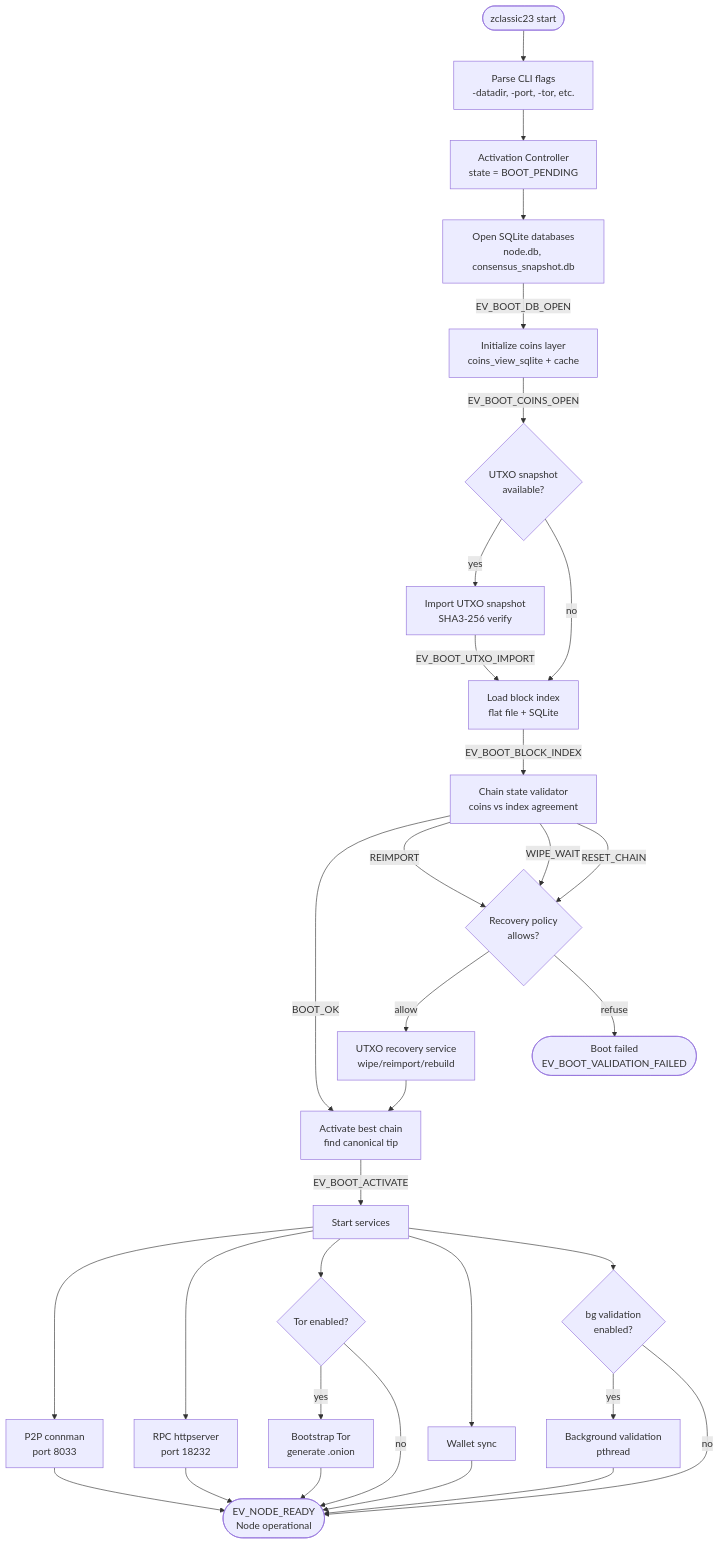
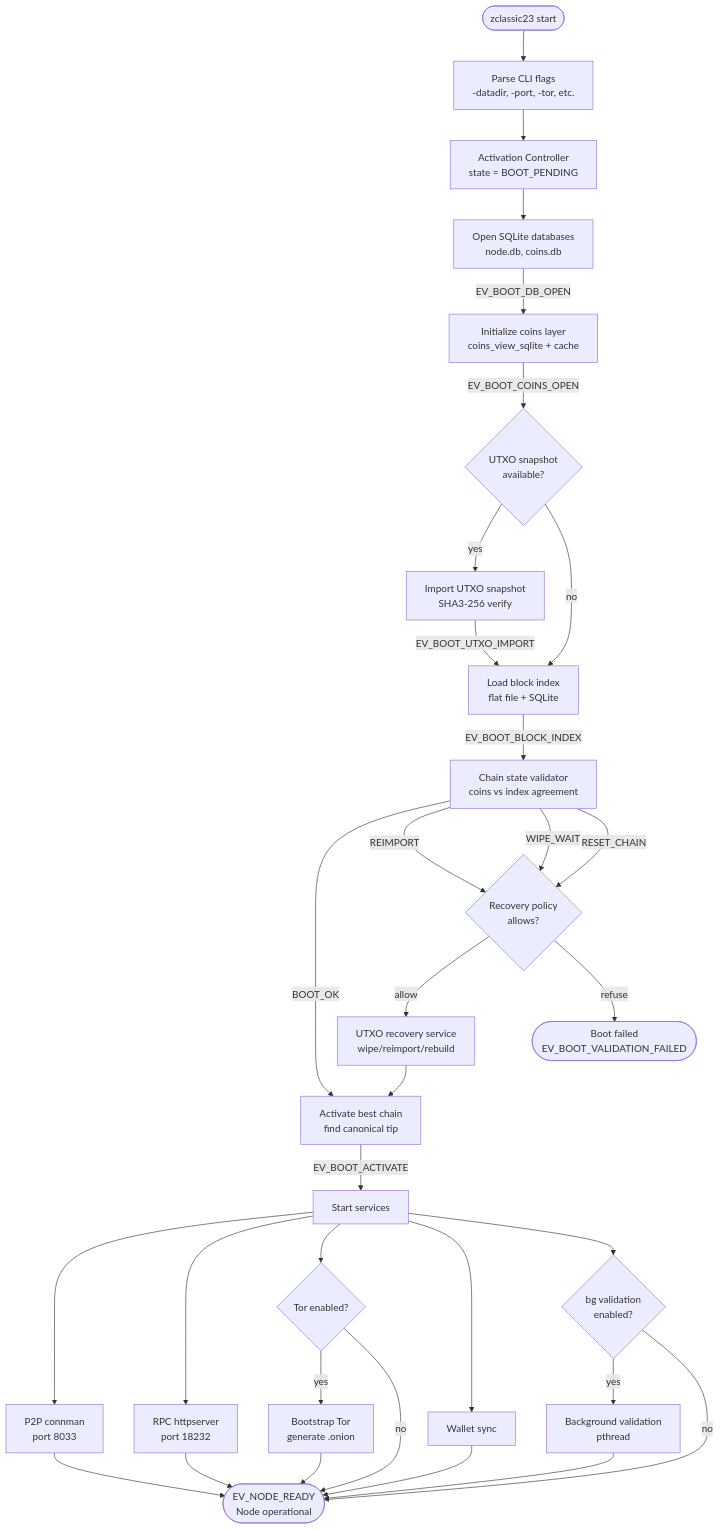
One commit to ZclassiC23/zclassic changed the first of 6 diagrams in docs/ARCHITECTURE_DIAGRAMS.md. Above: the diagram before and after it, drawn with Mermaid. The commit also changed other lines of this file and 32 other files, not shown here.

````diff
--- a/docs/ARCHITECTURE_DIAGRAMS.md
+++ b/docs/ARCHITECTURE_DIAGRAMS.md
@@ -11,48 +11,48 @@
 ```mermaid
 flowchart TD
     START([zclassic23 start]) --> PARSE[Parse CLI flags<br/>-datadir, -port, -tor, etc.]
     PARSE --> ACTIVATION[Activation Controller<br/>state = BOOT_PENDING]
 
-    ACTIVATION --> DB_OPEN[Open SQLite databases<br/>node.db, consensus_snapshot.db]
+    ACTIVATION --> DB_OPEN[Open SQLite databases<br/>node.db, coins.db]
     DB_OPEN -->|EV_BOOT_DB_OPEN| COINS[Initialize coins layer<br/>coins_view_sqlite + cache]
     COINS -->|EV_BOOT_COINS_OPEN| UTXO_CHECK{UTXO snapshot<br/>available?}
 
     UTXO_CHECK -->|yes| UTXO_IMPORT[Import UTXO snapshot<br/>SHA3-256 verify]
     UTXO_CHECK -->|no| BLOCK_INDEX
     UTXO_IMPORT -->|EV_BOOT_UTXO_IMPORT| BLOCK_INDEX
 
     BLOCK_INDEX[Load block index<br/>flat file + SQLite] -->|EV_BOOT_BLOCK_INDEX| CHAIN_VALIDATE
 
     CHAIN_VALIDATE[Chain state validator<br/>coins vs index agreement]
     CHAIN_VALIDATE -->|BOOT_OK| ACTIVATE
     CHAIN_VALIDATE -->|REIMPORT| RECOVERY{Recovery policy<br/>allows?}
     CHAIN_VALIDATE -->|WIPE_WAIT| RECOVERY
     CHAIN_VALIDATE -->|RESET_CHAIN| RECOVERY
 
     RECOVERY -->|allow| UTXO_RECOVERY[UTXO recovery service<br/>wipe/reimport/rebuild]
     RECOVERY -->|refuse| FAIL([Boot failed<br/>EV_BOOT_VALIDATION_FAILED])
     UTXO_RECOVERY --> ACTIVATE
 
     ACTIVATE[Activate best chain<br/>find canonical tip] -->|EV_BOOT_ACTIVATE| SERVICES
 
     SERVICES[Start services]
     SERVICES --> P2P[P2P connman<br/>port 8033]
     SERVICES --> RPC[RPC httpserver<br/>port 18232]
     SERVICES --> TOR{Tor enabled?}
     SERVICES --> WALLET[Wallet sync]
     SERVICES --> BG_VAL{bg validation<br/>enabled?}
 
     TOR -->|yes| TOR_BOOT[Bootstrap Tor<br/>generate .onion]
     TOR -->|no| READY
     TOR_BOOT --> READY
 
     BG_VAL -->|yes| BG_START[Background validation<br/>pthread]
     BG_VAL -->|no| READY
 
     P2P --> READY
     RPC --> READY
     WALLET --> READY
     BG_START --> READY
 
     READY([EV_NODE_READY<br/>Node operational])
 ```
````
